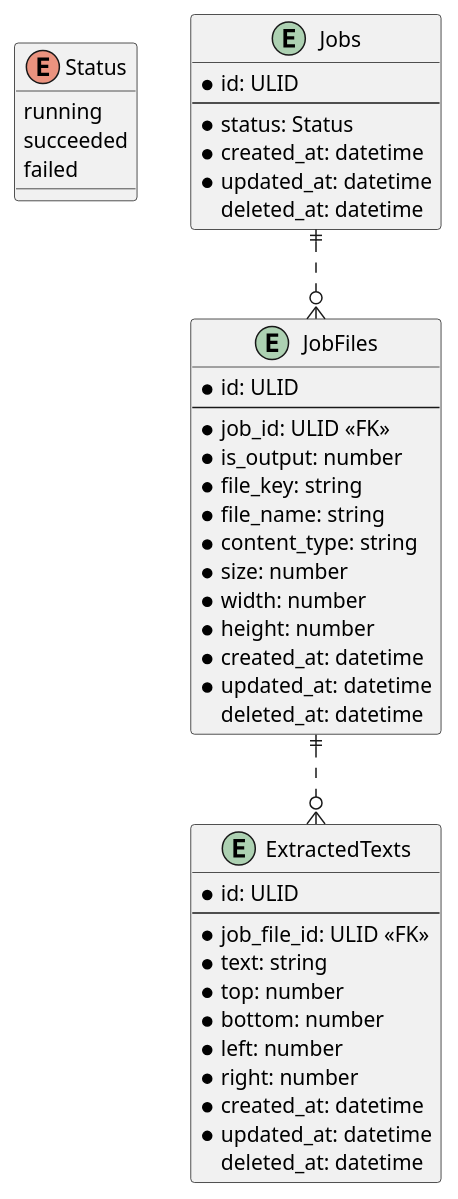
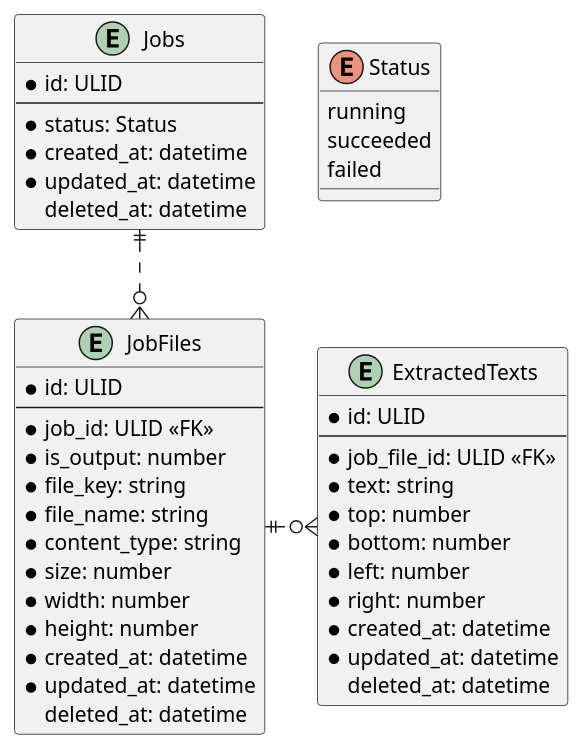
The diagram in backend/docs/db/tables.puml (ijufumi/google-vision-sample), drawn with PlantUML before and after one commit.

Commit message:
Modified ERD layout.

```diff
--- a/backend/docs/db/tables.puml
+++ b/backend/docs/db/tables.puml
@@ -1,51 +1,51 @@
 @startuml
 
 enum Status {
   running
   succeeded
   failed
 }
 
 entity Jobs {
   * id: ULID
   --
   * status: Status
   * created_at: datetime
   * updated_at: datetime
     deleted_at: datetime
 }
 
 entity JobFiles {
   * id: ULID
   --
   * job_id: ULID <<FK>>
   * is_output: number
   * file_key: string
   * file_name: string
   * content_type: string
   * size: number
   * width: number
   * height: number
   * created_at: datetime
   * updated_at: datetime
     deleted_at: datetime
 }
 
 entity ExtractedTexts {
   * id: ULID
   --
   * job_file_id: ULID <<FK>>
   * text: string
   * top: number
   * bottom: number
   * left: number
   * right: number
   * created_at: datetime
   * updated_at: datetime
     deleted_at: datetime
 }
 
 Jobs ||..o{ JobFiles
-JobFiles ||..o{ ExtractedTexts
+JobFiles ||..ro{ ExtractedTexts
 
 @enduml
```
